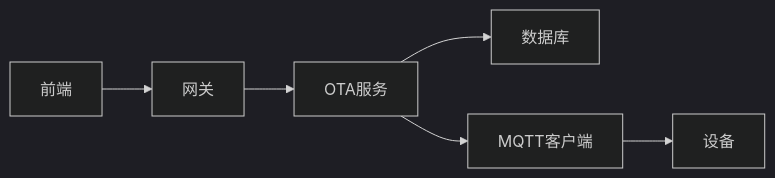
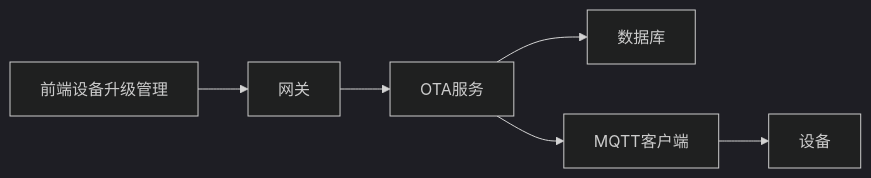
One commit to mcmrzy/cs_inv_monitor-develop changed the sixth of 6 diagrams in .qoder/repowiki/zh/content/OTA升级系统/OTA任务调度/OTA任务管理.md. Above: the diagram before and after it, drawn with Mermaid (dark theme). The commit also changed other lines of this file and 128 other files, not shown here.

````diff
--- a/.qoder/repowiki/zh/content/OTA升级系统/OTA任务调度/OTA任务管理.md
+++ b/.qoder/repowiki/zh/content/OTA升级系统/OTA任务调度/OTA任务管理.md
@@ -278,8 +324,8 @@
 ```mermaid
 graph LR
-FE["前端"] --> GW["网关"]
+FE["前端设备升级管理"] --> GW["网关"]
 GW --> SVC["OTA服务"]
 SVC --> DB["数据库"]
 SVC --> MQ["MQTT客户端"]
 MQ --> DEV["设备"]
 ```
````
